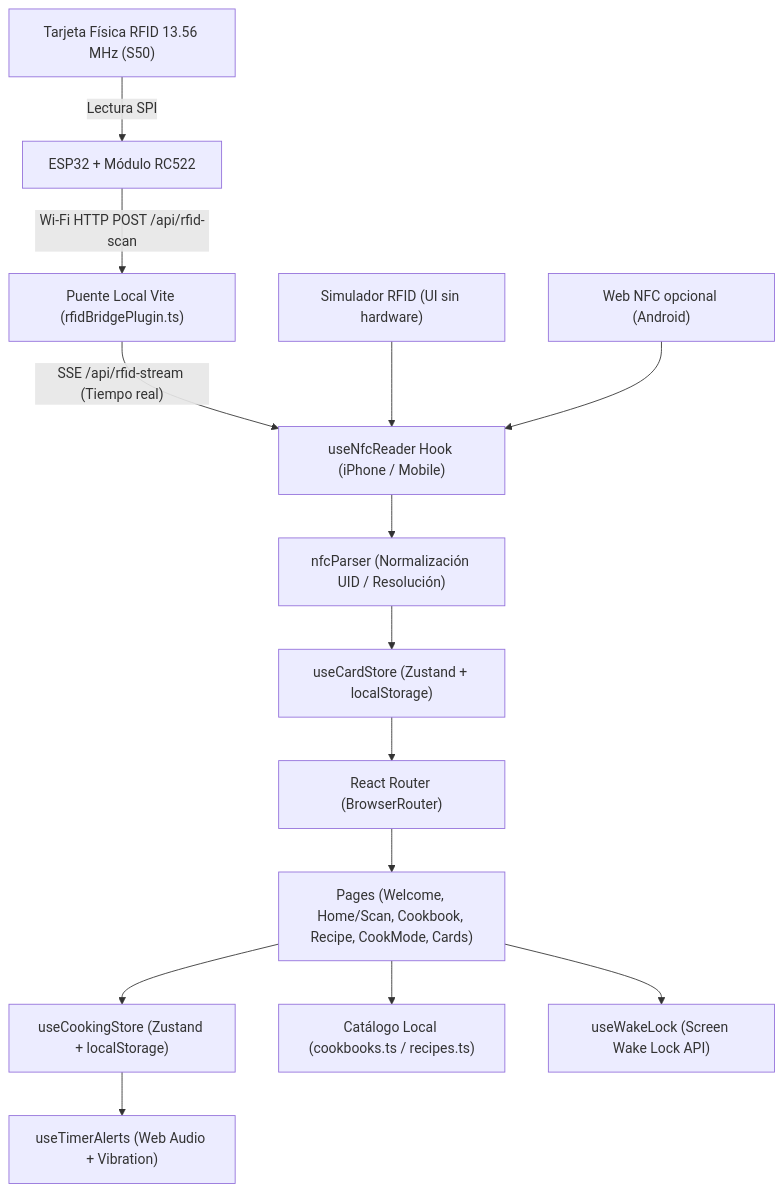
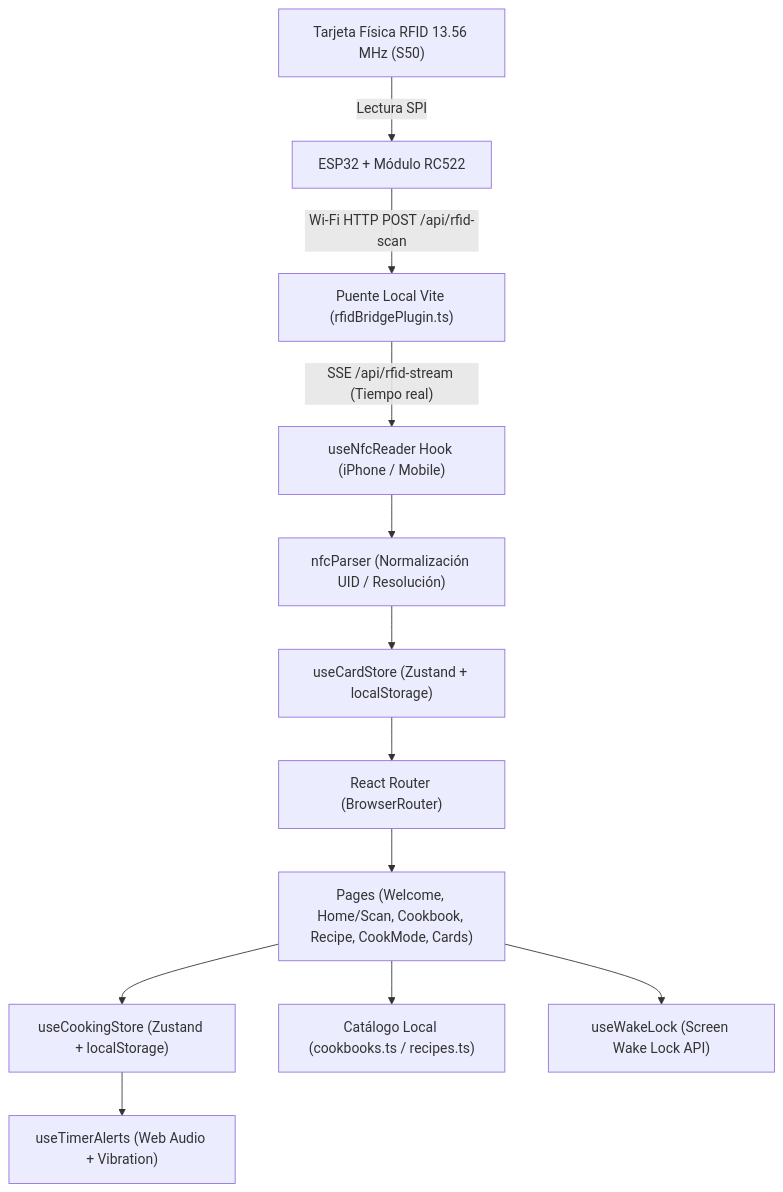
Before and after one commit to Betto-RZE/ChefCard: the diagram in ARQUITECTURA.md, drawn with Mermaid. The commit also changed other lines of this file and 16 other files, not shown here.

````diff
--- a/ARQUITECTURA.md
+++ b/ARQUITECTURA.md
@@ -14,19 +14,17 @@
 ```mermaid
 flowchart TD
     CARD["Tarjeta Física RFID 13.56 MHz (S50)"]
     CARD -->|"Lectura SPI"| ESP["ESP32 + Módulo RC522"]
     ESP -->|"Wi-Fi HTTP POST /api/rfid-scan"| BRIDGE["Puente Local Vite (rfidBridgePlugin.ts)"]
     BRIDGE -->|"SSE /api/rfid-stream (Tiempo real)"| HOOK["useNfcReader Hook (iPhone / Mobile)"]
-    SIM["Simulador RFID (UI sin hardware)"] --> HOOK
-    WEBNFC["Web NFC opcional (Android)"] --> HOOK
 
     HOOK --> PARSER["nfcParser (Normalización UID / Resolución)"]
     PARSER --> CARDSTORE["useCardStore (Zustand + localStorage)"]
     CARDSTORE --> ROUTER["React Router (BrowserRouter)"]
 
     ROUTER --> PAGES["Pages (Welcome, Home/Scan, Cookbook, Recipe, CookMode, Cards)"]
     PAGES --> COOKSTORE["useCookingStore (Zustand + localStorage)"]
     PAGES --> DATA["Catálogo Local (cookbooks.ts / recipes.ts)"]
     COOKSTORE --> TIMERS["useTimerAlerts (Web Audio + Vibration)"]
     PAGES --> WAKELOCK["useWakeLock (Screen Wake Lock API)"]
 ```
````
